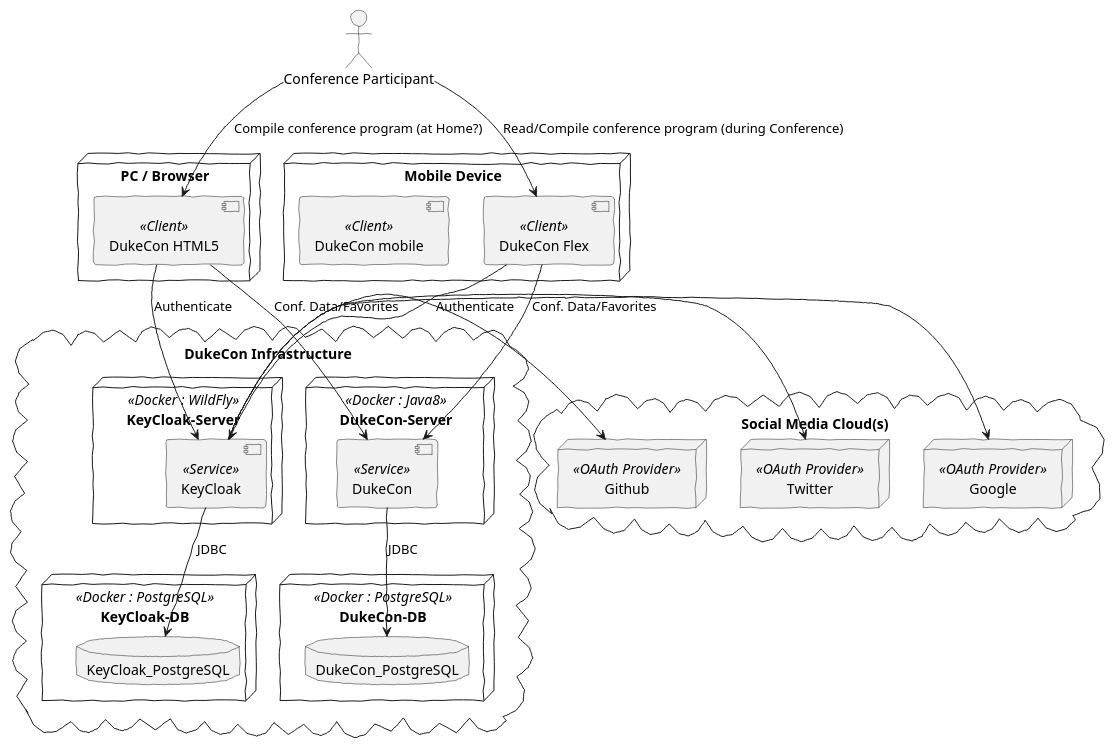
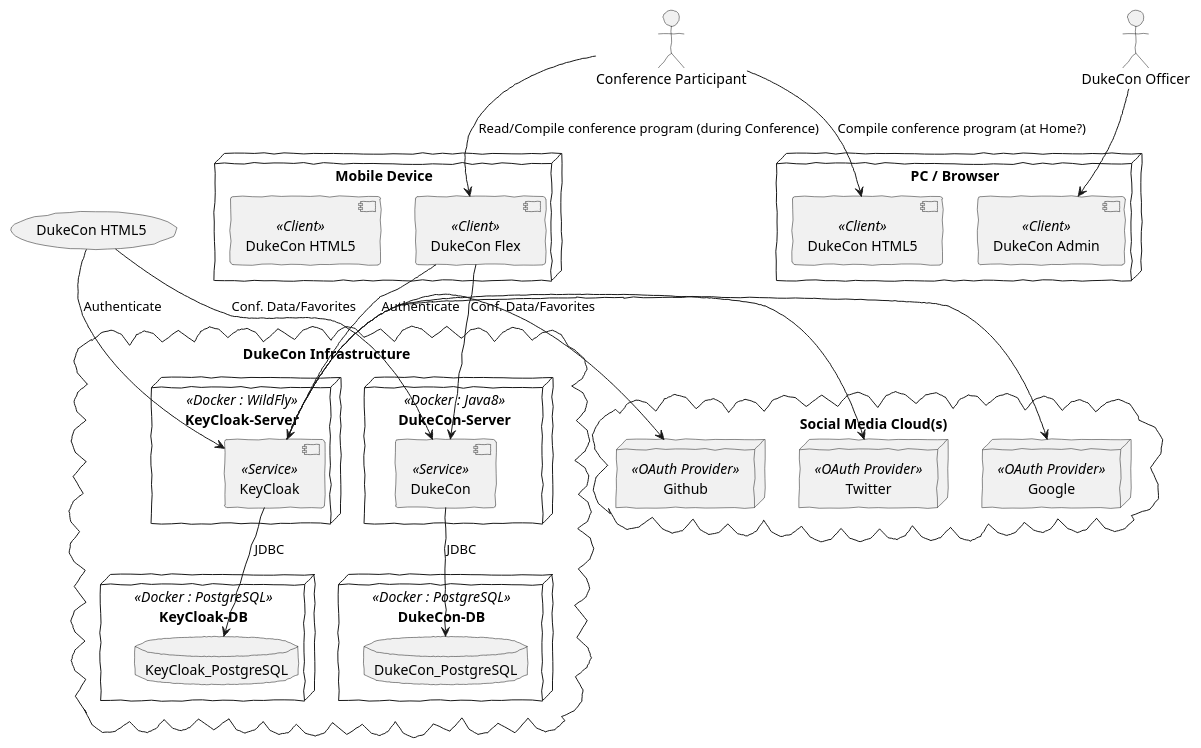
One commit to dukecon/dukecon changed the diagram in src/main/asciidoc/images/dukecon-architecture.puml. Above: the diagram before and after it, drawn with PlantUML.

Commit message:
Add admin client for white box architecture view

```diff
--- a/src/main/asciidoc/images/dukecon-architecture.puml
+++ b/src/main/asciidoc/images/dukecon-architecture.puml
@@ -1,59 +1,62 @@
 @startuml
 skinparam handwritten true
 
+actor :DukeCon Officer:
 actor :Conference Participant:
 
 node "PC / Browser" {
-    [DukeCon HTML5] <<Client>>
+    [DukeCon Admin] <<Client>>
+    [DukeCon HTML5] <<Client>> as DukeConHtml5PC
 }
 
 node "Mobile Device" {
     [DukeCon Flex] <<Client>>
-    [DukeCon mobile] <<Client>>
+    [DukeCon HTML5] <<Client>> as DukeConHtml5Mobile
 }
 
 cloud "DukeCon Infrastructure" {
     node DukeCon-Server <<Docker : Java8>> {
         [DukeCon] <<Service>>
     }
 
     node KeyCloak-Server <<Docker : WildFly>> {
         [KeyCloak] <<Service>>
     }
 
     node DukeCon-DB <<Docker : PostgreSQL>> {
         database DukeCon_PostgreSQL
     }
 
     node KeyCloak-DB <<Docker : PostgreSQL>> {
         database KeyCloak_PostgreSQL
     }
     [DukeCon] --> [DukeCon_PostgreSQL] : JDBC
     [KeyCloak] --> [KeyCloak_PostgreSQL] : JDBC
 }
 
-:Conference Participant: -down-> (DukeCon HTML5) : Compile conference program (at Home?)
-':Conference Participant: -down-> (DukeCon Cordova) : Read/Compile conference program (during Conference)
+:DukeCon Officer: -down-> (DukeCon Admin)
+:Conference Participant: -down-> DukeConHtml5PC : Compile conference program (at Home?)
+':Conference Participant: -down-> DukeConHtml5PC : Read/Compile conference program (during Conference)
 :Conference Participant: -down-> (DukeCon Flex) : Read/Compile conference program (during Conference)
 
 (DukeCon HTML5) -down-> (DukeCon) : Conf. Data/Favorites
 (DukeCon HTML5) -down-> (KeyCloak) : Authenticate
 
 (DukeCon Flex) -down-> (DukeCon) : Conf. Data/Favorites
 (DukeCon Flex) -down-> (KeyCloak) : Authenticate
 
 '(DukeCon Cordova) -down-> (DukeCon) : Conf. Data/Favorites
 '(DukeCon Cordova) -down-> (KeyCloak) : Authenticate
 
 cloud "Social Media Cloud(s)" {
     top to bottom direction
 
     node Github <<OAuth Provider>>
     node Google <<OAuth Provider>>
     node Twitter <<OAuth Provider>>
 }
 
 (KeyCloak) -right-> (Github)
 (KeyCloak) -right-> (Google)
 (KeyCloak) -right-> (Twitter)
 @enduml
```
